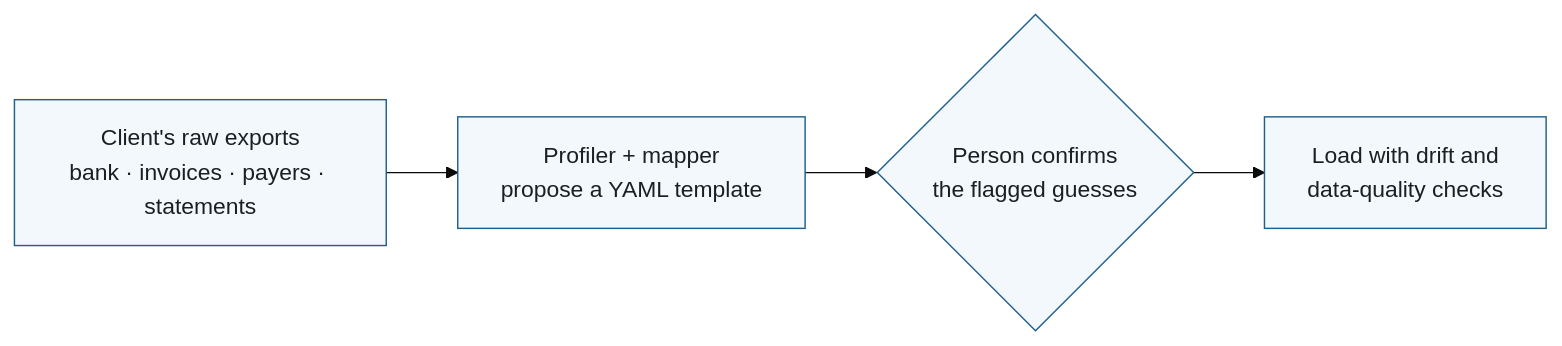
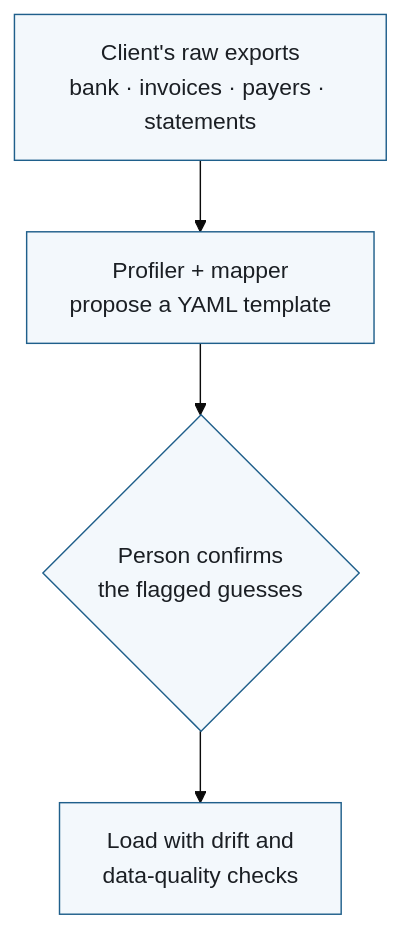
Before and after one commit to amithkm9/reconcile: the fourth of 4 diagrams in README.md, drawn with Mermaid (base theme). The commit also changed other lines of this file, not shown here.

Commit message:
Lay out README diagrams top-down

````diff
--- a/README.md
+++ b/README.md
@@ -199,7 +199,7 @@
 ```mermaid
-flowchart LR
+flowchart TD
     E["Client's raw exports<br/>bank · invoices · payers · statements"] --> P["Profiler + mapper<br/>propose a YAML template"]
     P --> H{"Person confirms<br/>the flagged guesses"}
     H --> V["Load with drift and<br/>data-quality checks"]
     classDef default fill:#f3f8fc,stroke:#1f5f8b,color:#1b1f24
 ```
````
